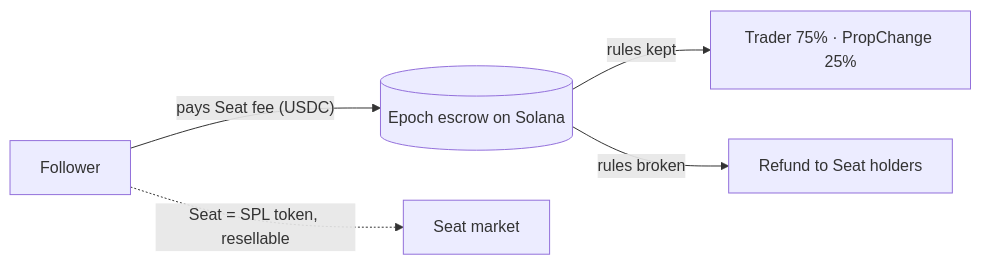
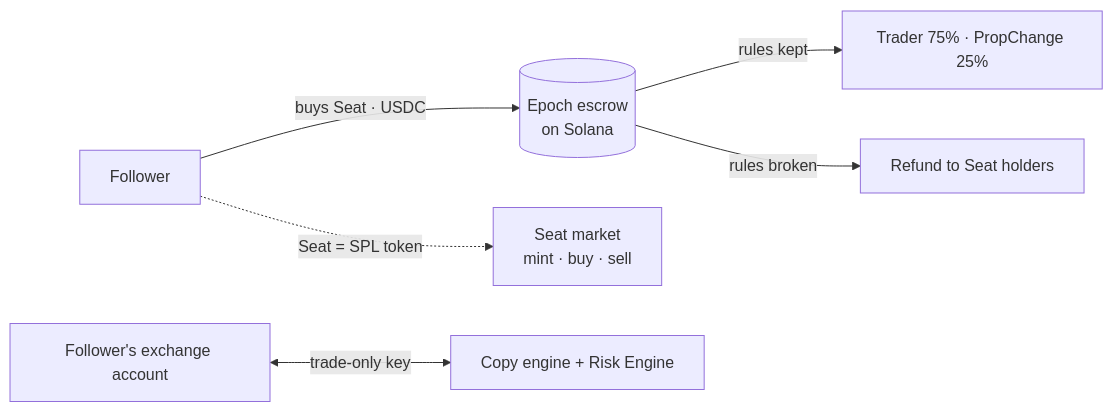
Before and after one commit to dimitrijnemesh/propchange: the diagram in README.md, drawn with Mermaid. The commit also changed other lines of this file and 3 other files, not shown here.

Commit message:
README: logo header, badges, links table, screenshot gallery, feature list, architecture and run guide

````diff
--- a/README.md
+++ b/README.md
@@ -34,7 +72,8 @@
 ```mermaid
 flowchart LR
-    A[Follower] -- "pays Seat fee (USDC)" --> E[(Epoch escrow on Solana)]
-    E -- "rules kept" --> T[Trader 75% · PropChange 25%]
-    E -- "rules broken" --> R[Refund to Seat holders]
-    A -. "Seat = SPL token, resellable" .-> M[Seat market]
+  F["Follower"] -- "buys Seat · USDC" --> E[("Epoch escrow<br/>on Solana")]
+  F -. "Seat = SPL token" .-> M["Seat market<br/>mint · buy · sell"]
+  E -- "rules kept" --> T["Trader 75% · PropChange 25%"]
+  E -- "rules broken" --> R["Refund to Seat holders"]
+  X["Follower's exchange account"] <-- "trade-only key" --> K["Copy engine + Risk Engine"]
 ```
````
